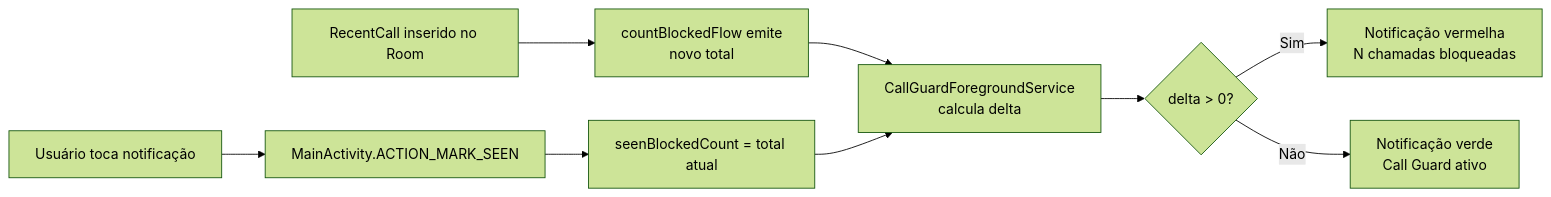
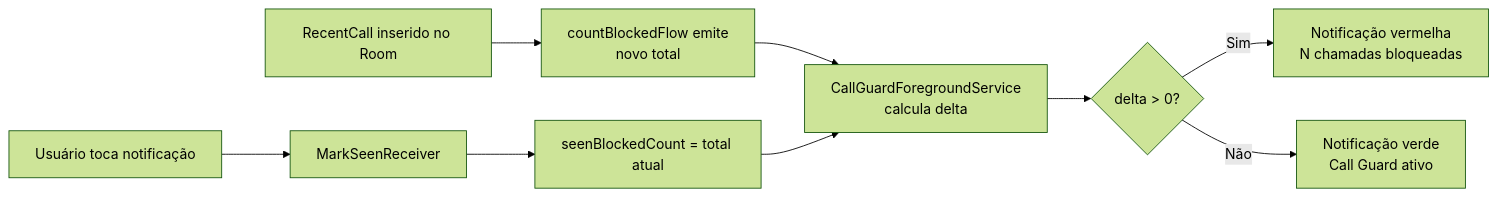
The third of 3 diagrams in ARCHITECTURE.md (acdcmaia/call-guard), drawn with Mermaid (forest theme) before and after one commit. The commit also changed other lines of this file and 1 other file, not shown here.

First line of the commit message:
Remove PhoneStateReceiver (diagnóstico inexistente) e documenta ContentObserver

````diff
--- a/ARCHITECTURE.md
+++ b/ARCHITECTURE.md
@@ -184,12 +189,12 @@
 ```mermaid
 flowchart LR
     A[RecentCall inserido no Room] --> B[countBlockedFlow emite\nnovo total]
     B --> C[CallGuardForegroundService\ncalcula delta]
     C --> D{delta > 0?}
     D -- Sim --> E[Notificação vermelha\nN chamadas bloqueadas]
     D -- Não --> F[Notificação verde\nCall Guard ativo]
 
-    G[Usuário toca notificação] --> H[MainActivity.ACTION_MARK_SEEN]
+    G[Usuário toca notificação] --> H[MarkSeenReceiver]
     H --> I[seenBlockedCount = total atual]
     I --> C
 ```
````
